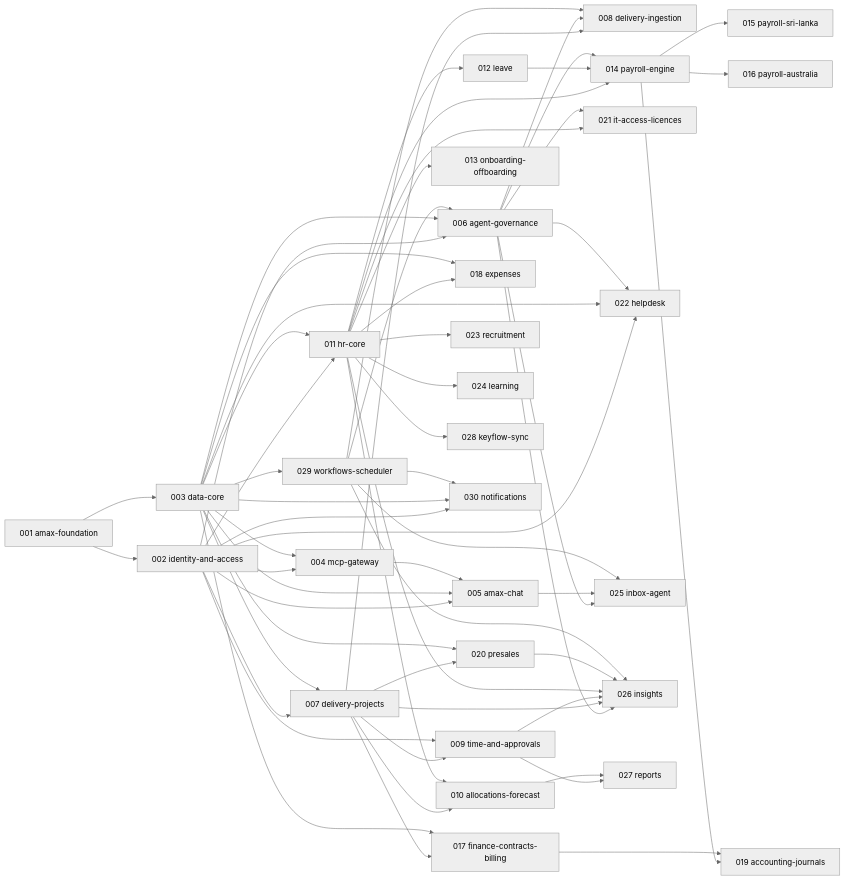
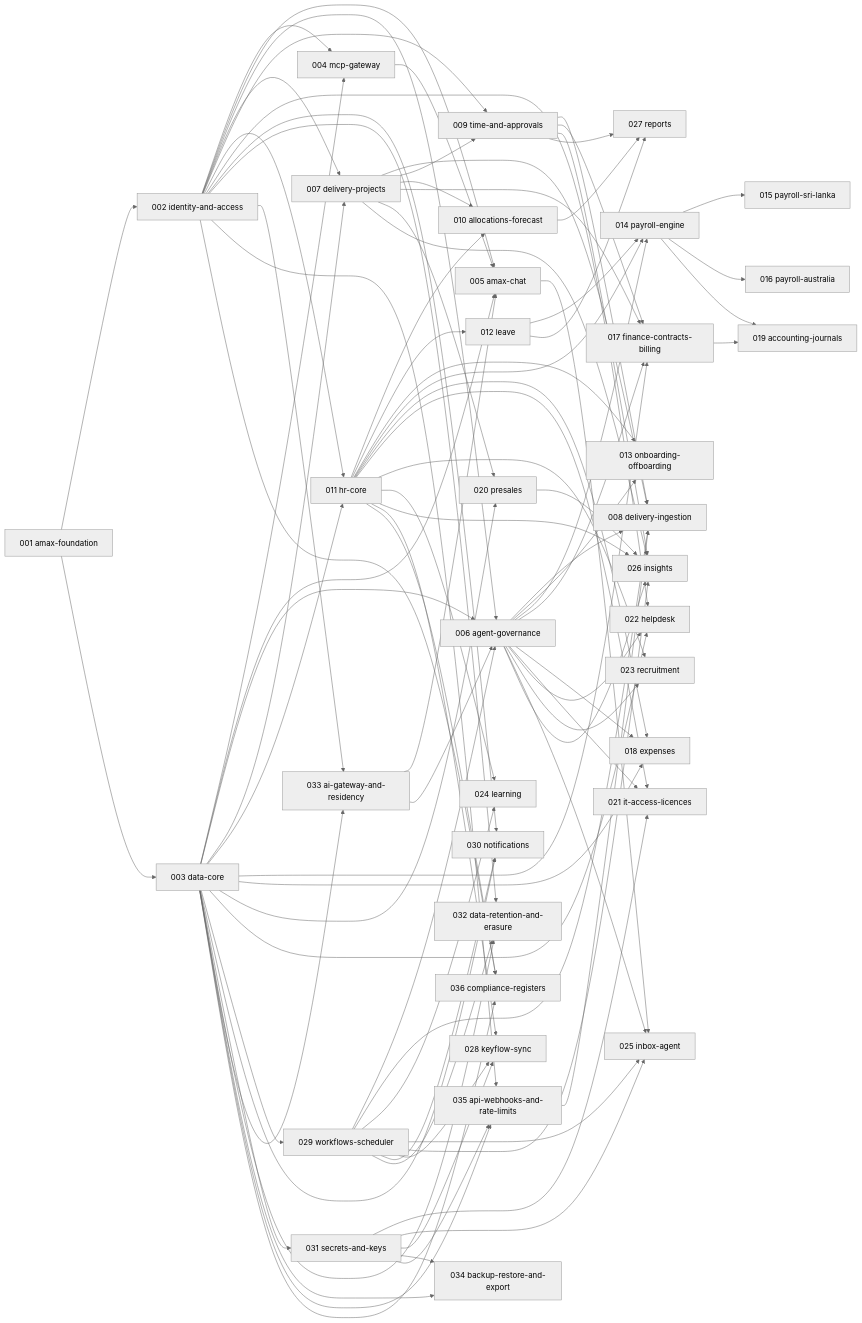
One commit to ahamedumar15/amax changed the diagram in docs/roadmap.md. Above: the diagram before and after it, drawn with Mermaid (neutral theme). The commit also changed other lines of this file and 31 other files, not shown here.

First line of the commit message:
proposals: harden 002–029 and add 031–036 from the architecture review

````diff
--- a/docs/roadmap.md
+++ b/docs/roadmap.md
@@ -130,6 +136,12 @@
   P028["028 keyflow-sync"]
   P029["029 workflows-scheduler"]
   P030["030 notifications"]
+  P031["031 secrets-and-keys"]
+  P032["032 data-retention-and-erasure"]
+  P033["033 ai-gateway-and-residency"]
+  P034["034 backup-restore-and-export"]
+  P035["035 api-webhooks-and-rate-limits"]
+  P036["036 compliance-registers"]
   P001 --> P002
   P001 --> P003
   P002 --> P004
@@ -137,14 +149,18 @@
   P002 --> P005
   P003 --> P005
   P004 --> P005
+  P033 --> P005
   P002 --> P006
   P003 --> P006
   P029 --> P006
+  P033 --> P006
   P002 --> P007
   P003 --> P007
   P007 --> P008
   P006 --> P008
   P029 --> P008
+  P009 --> P008
+  P035 --> P008
   P007 --> P009
   P002 --> P009
   P007 --> P010
@@ -153,6 +169,7 @@
   P003 --> P011
   P011 --> P012
   P011 --> P013
+  P006 --> P013
   P011 --> P014
   P012 --> P014
   P006 --> P014
@@ -160,22 +177,29 @@
   P014 --> P016
   P007 --> P017
   P003 --> P017
+  P009 --> P017
+  P006 --> P017
   P011 --> P018
   P003 --> P018
+  P006 --> P018
   P014 --> P019
   P017 --> P019
   P007 --> P020
   P003 --> P020
   P011 --> P021
   P006 --> P021
+  P031 --> P021
   P002 --> P022
   P003 --> P022
   P006 --> P022
   P011 --> P023
+  P006 --> P023
   P011 --> P024
+  P029 --> P024
   P006 --> P025
   P005 --> P025
   P029 --> P025
+  P031 --> P025
   P006 --> P026
   P007 --> P026
   P009 --> P026
@@ -184,9 +208,26 @@
   P029 --> P026
   P009 --> P027
   P010 --> P027
+  P012 --> P027
   P011 --> P028
+  P029 --> P028
+  P031 --> P028
   P003 --> P029
   P002 --> P030
   P003 --> P030
   P029 --> P030
+  P003 --> P031
+  P002 --> P032
+  P003 --> P032
+  P029 --> P032
+  P002 --> P033
+  P003 --> P033
+  P003 --> P034
+  P031 --> P034
+  P002 --> P035
+  P003 --> P035
+  P031 --> P035
+  P002 --> P036
+  P003 --> P036
+  P011 --> P036
 ```
````
